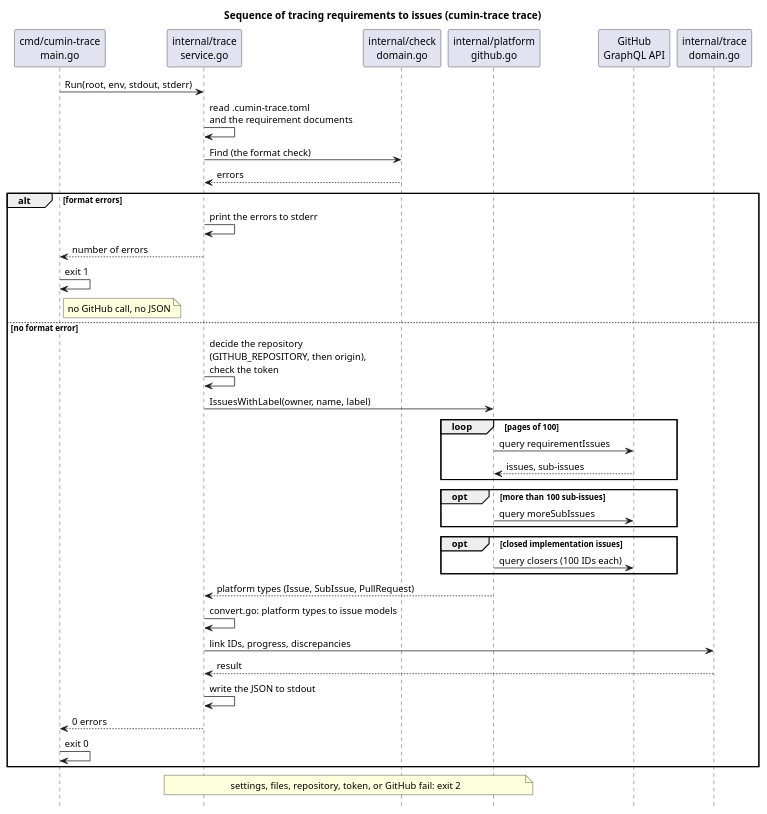
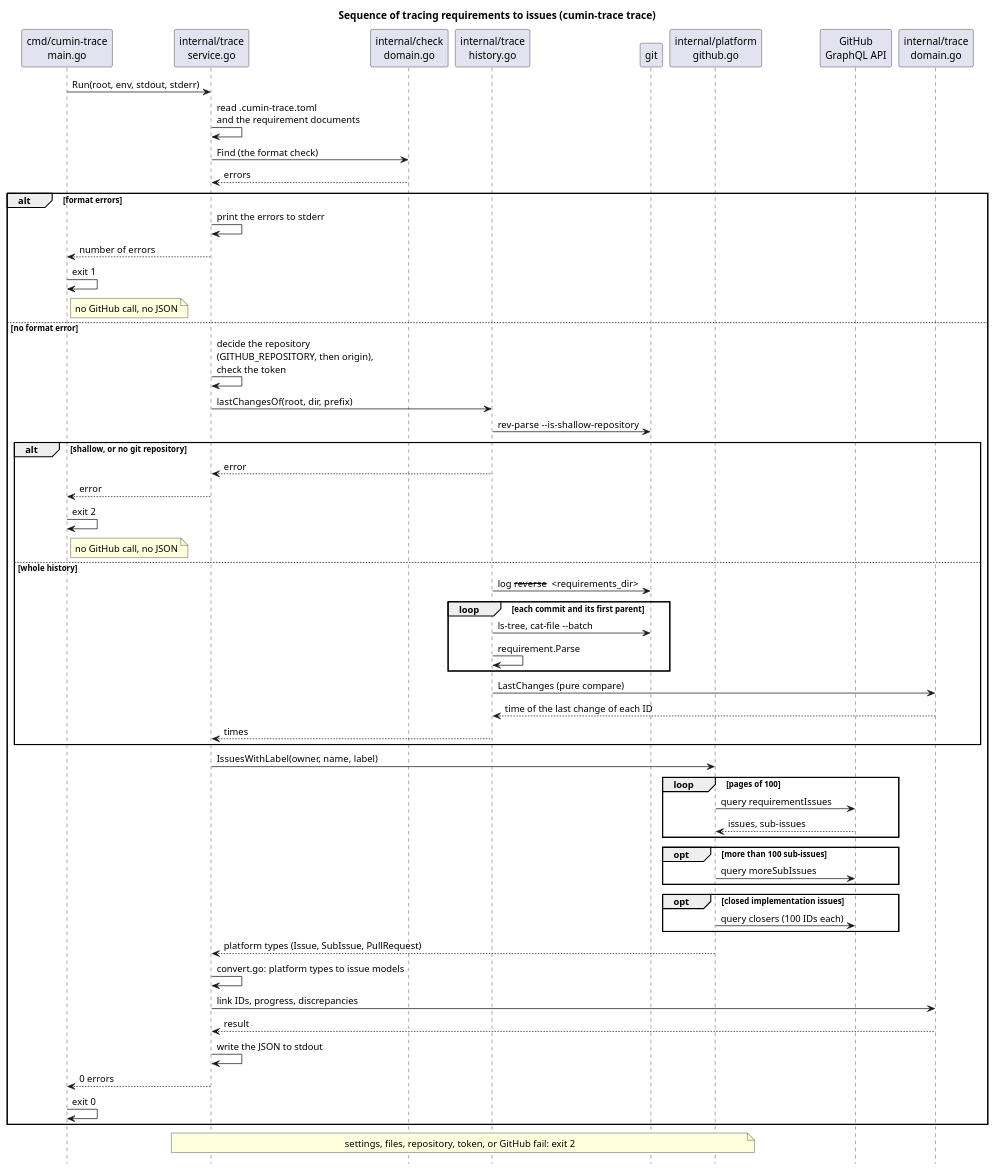
The diagram in docs/ja/designs/trace/trace-sequence.puml (cloveclovedev/cumin-trace), drawn with PlantUML before and after one commit. The commit also changed 12 other files, not shown here.

First line of the commit message:
feat(trace): read the time of the last change of each requirement from git (#196)

```diff
--- a/docs/ja/designs/trace/trace-sequence.puml
+++ b/docs/ja/designs/trace/trace-sequence.puml
@@ -1,48 +1,67 @@
 @startuml trace-sequence
 title Sequence of tracing requirements to issues (cumin-trace trace)
 skinparam shadowing false
 hide footbox
 
 participant "cmd/cumin-trace\nmain.go" as main
 participant "internal/trace\nservice.go" as service
 participant "internal/check\ndomain.go" as check
+participant "internal/trace\nhistory.go" as history
+participant "git" as git
 participant "internal/platform\ngithub.go" as github
 participant "GitHub\nGraphQL API" as api
 participant "internal/trace\ndomain.go" as rules
 
 main -> service : Run(root, env, stdout, stderr)
 service -> service : read .cumin-trace.toml\nand the requirement documents
 service -> check : Find (the format check)
 check --> service : errors
 
 alt format errors
   service -> service : print the errors to stderr
   service --> main : number of errors
   main -> main : exit 1
   note right of main : no GitHub call, no JSON
 else no format error
   service -> service : decide the repository\n(GITHUB_REPOSITORY, then origin),\ncheck the token
+  service -> history : lastChangesOf(root, dir, prefix)
+  history -> git : rev-parse --is-shallow-repository
+  alt shallow, or no git repository
+    history --> service : error
+    service --> main : error
+    main -> main : exit 2
+    note right of main : no GitHub call, no JSON
+  else whole history
+    history -> git : log --reverse -- <requirements_dir>
+    loop each commit and its first parent
+      history -> git : ls-tree, cat-file --batch
+      history -> history : requirement.Parse
+    end
+    history -> rules : LastChanges (pure compare)
+    rules --> history : time of the last change of each ID
+    history --> service : times
+  end
   service -> github : IssuesWithLabel(owner, name, label)
   loop pages of 100
     github -> api : query requirementIssues
     api --> github : issues, sub-issues
   end
   opt more than 100 sub-issues
     github -> api : query moreSubIssues
   end
   opt closed implementation issues
     github -> api : query closers (100 IDs each)
   end
   github --> service : platform types (Issue, SubIssue, PullRequest)
   service -> service : convert.go: platform types to issue models
   service -> rules : link IDs, progress, discrepancies
   rules --> service : result
   service -> service : write the JSON to stdout
   service --> main : 0 errors
   main -> main : exit 0
 end
 
 note over service, github
   settings, files, repository, token, or GitHub fail: exit 2
 end note
 @enduml
```
